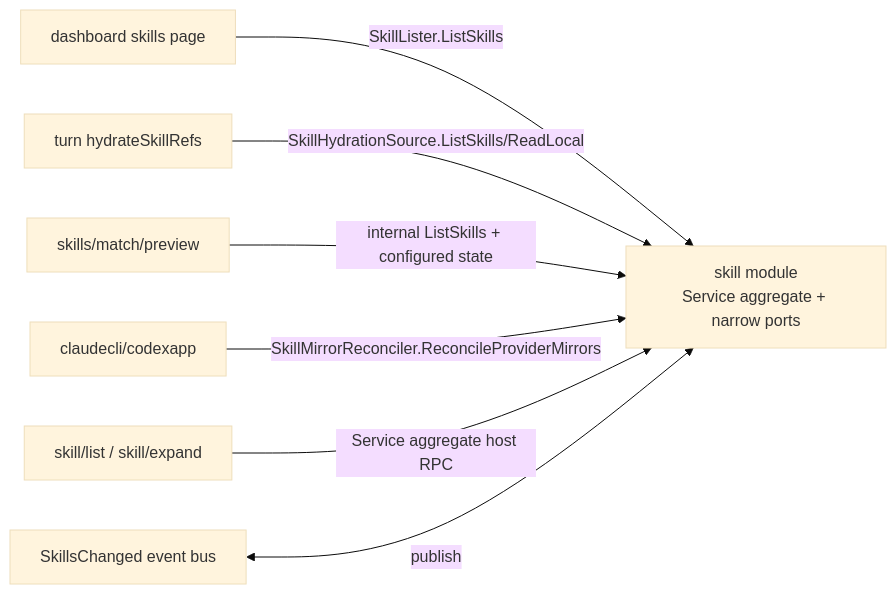
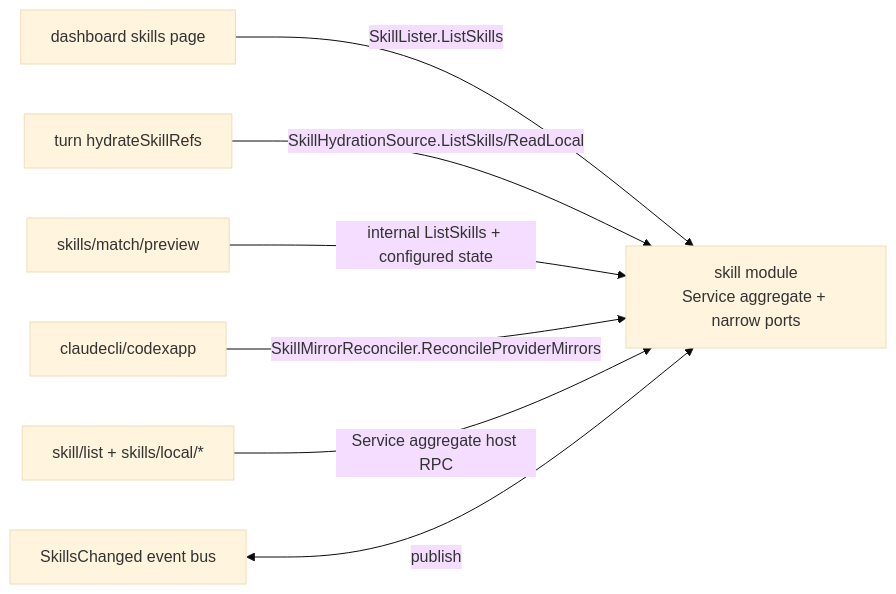
The seventh of 7 diagrams in docs/doc/codemap/07-module-read.md (lihah111222333-cloud/Super-Dolphin-Agent-Cockpit), drawn with Mermaid (base theme) before and after one commit. The commit also changed other lines of this file and 138 other files, not shown here.

````diff
--- a/docs/doc/codemap/07-module-read.md
+++ b/docs/doc/codemap/07-module-read.md
@@ -422,10 +395,10 @@
 ```mermaid
 flowchart LR
     SK[skill module\nService aggregate + narrow ports]
     DASH[dashboard skills page] -->|SkillLister.ListSkills| SK
     TURN[turn hydrateSkillRefs] -->|SkillHydrationSource.ListSkills/ReadLocal| SK
     MATCH[skills/match/preview] -->|internal ListSkills + configured state| SK
     PROVIDERS[claudecli/codexapp] -->|SkillMirrorReconciler.ReconcileProviderMirrors| SK
-    HOST[skill/list / skill/expand] -->|Service aggregate host RPC| SK
+    HOST[skill/list + skills/local/*] -->|Service aggregate host RPC| SK
     EVENTS[SkillsChanged event bus] <-->|publish| SK
 ```
````
